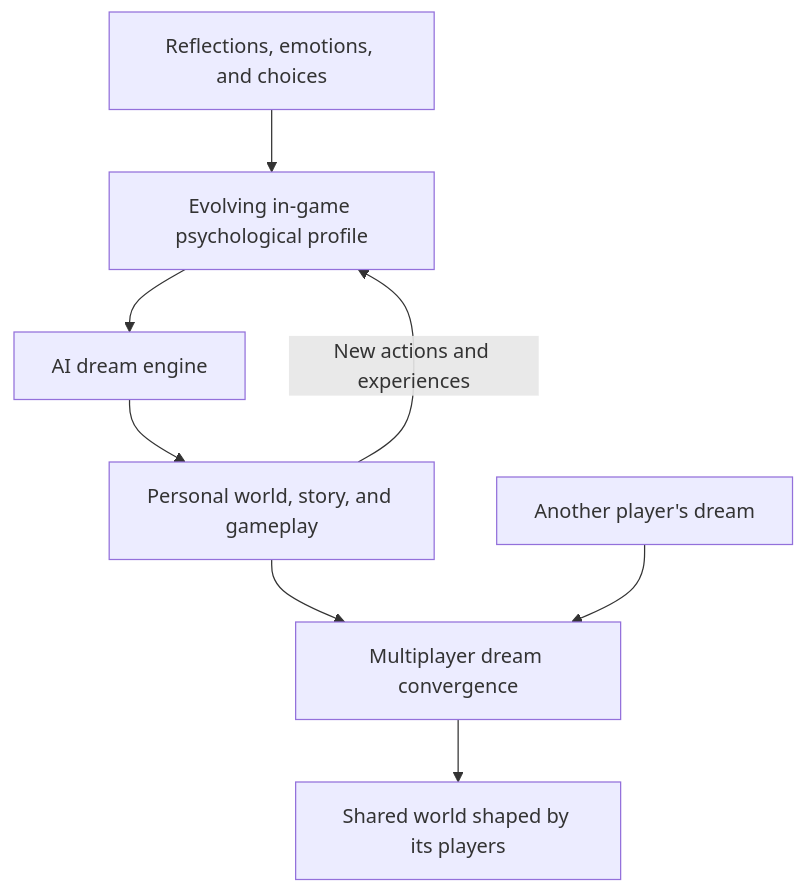
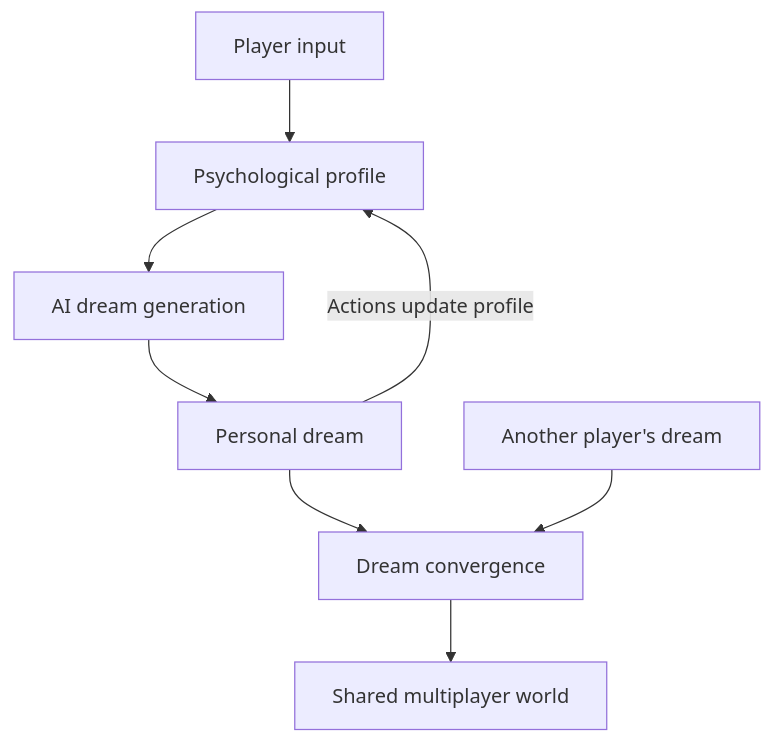
Before and after one commit to Nicole2137/Yuume: the diagram in README.md, drawn with Mermaid. The commit also changed other lines of this file, not shown here.

Commit message:
Fixed readme diagram

````diff
--- a/README.md
+++ b/README.md
@@ -96,10 +96,10 @@
 ```mermaid
 flowchart TB
-    A["Reflections, emotions, and choices"] --> B["Evolving in-game psychological profile"]
-    B --> C["AI dream engine"]
-    C --> D["Personal world, story, and gameplay"]
-    D -->|"New actions and experiences"| B
-    D --> E["Multiplayer dream convergence"]
+    A["Player input"] --> B["Psychological profile"]
+    B --> C["AI dream generation"]
+    C --> D["Personal dream"]
+    D -->|"Actions update profile"| B
+    D --> E["Dream convergence"]
     F["Another player's dream"] --> E
-    E --> G["Shared world shaped by its players"]
+    E --> G["Shared multiplayer world"]
 ```
````
